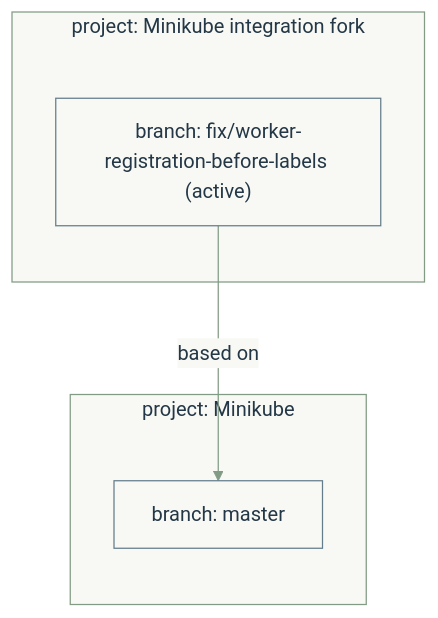
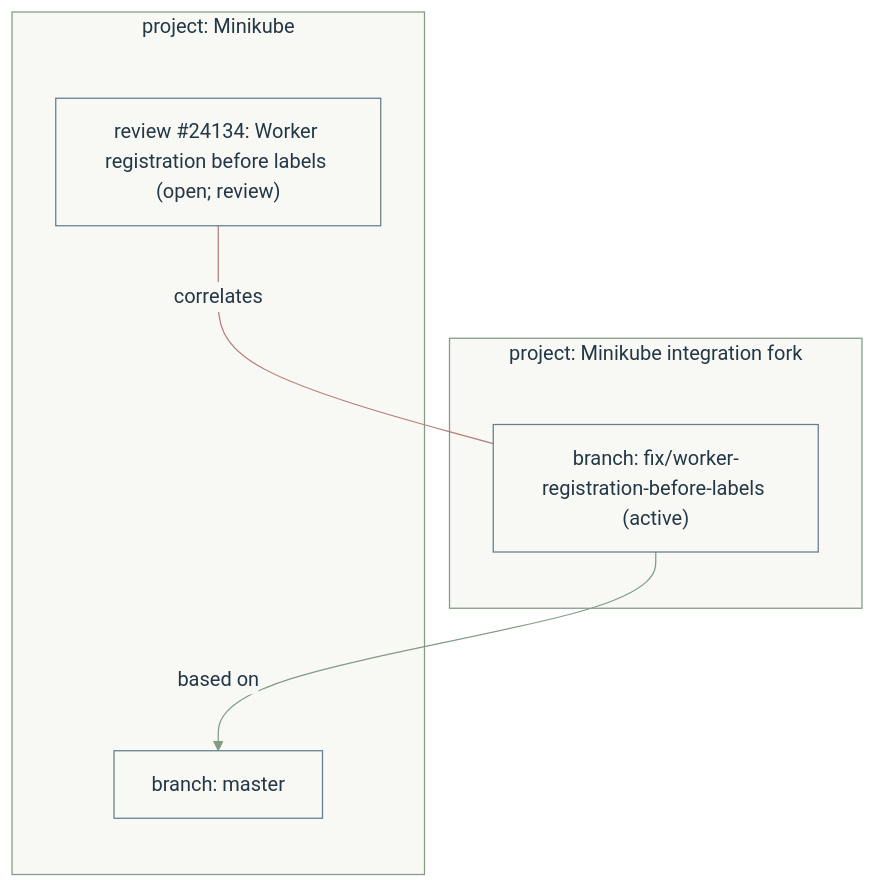
One commit to kubernetes/minikube changed the diagram in .github/work-graph.md. Above: the diagram before and after it, drawn with Mermaid. The commit also changed other lines of this file and 1 other file, not shown here.

Commit message:
Link the focused registration review in the work graph

````diff
--- a/.github/work-graph.md
+++ b/.github/work-graph.md
@@ -3,21 +3,26 @@
 ```mermaid
 ---
 config: {"flowchart": {"rankSpacing": 90, "subGraphTitleMargin": {"bottom": 24, "top": 0}}, "layout": "dagre", "theme": "base", "themeVariables": {"edgeLabelBackground": "#F8F9F4", "lineColor": "#647D8B", "primaryTextColor": "#243746"}}
 ---
 flowchart TB
     subgraph n8d0c7ac992af2f4913b47d425af0fe08dca35d157cbf27e40c203589b983d1fd["`project: Minikube integration fork`"]
         n2ad562319767157087dda0dec6391f4479f8a04869ab0cc8d3a9c3637dae73b5["branch: fix/worker-registration-before-labels (active)"]
     end
     subgraph n5086431107cae0151fdd8a231177374dfd063cb427d03273af07d527a23c27d0["`project: Minikube`"]
         nfc613b4dfd6736a7bd268c8a0e74ed0d1c04a959f59dd74ef2874983fd443fc9["branch: master"]
+        nc97ace4c8fef2cee8fa0f3c9f52aab18dbd4f42438afe362ffb8f75ce4c04b84["review #35;24134: Worker registration before labels (open#59; review)"]
     end
     n2ad562319767157087dda0dec6391f4479f8a04869ab0cc8d3a9c3637dae73b5 -->|based on| nfc613b4dfd6736a7bd268c8a0e74ed0d1c04a959f59dd74ef2874983fd443fc9
+    nc97ace4c8fef2cee8fa0f3c9f52aab18dbd4f42438afe362ffb8f75ce4c04b84 ---|correlates| n2ad562319767157087dda0dec6391f4479f8a04869ab0cc8d3a9c3637dae73b5
     click n2ad562319767157087dda0dec6391f4479f8a04869ab0cc8d3a9c3637dae73b5 href "https://github.com/astrivant/minikube/tree/fix/worker-registration-before-labels" "Open recorded work" _blank
     click nfc613b4dfd6736a7bd268c8a0e74ed0d1c04a959f59dd74ef2874983fd443fc9 href "https://github.com/kubernetes/minikube/tree/master" "Open recorded work" _blank
+    click nc97ace4c8fef2cee8fa0f3c9f52aab18dbd4f42438afe362ffb8f75ce4c04b84 href "https://github.com/kubernetes/minikube/pull/24134" "Open recorded work" _blank
     classDef work fill:#F8F9F4,stroke:#647D8B,color:#243746
     class n2ad562319767157087dda0dec6391f4479f8a04869ab0cc8d3a9c3637dae73b5 work
     style n8d0c7ac992af2f4913b47d425af0fe08dca35d157cbf27e40c203589b983d1fd fill:#F8F9F4,stroke:#829B85,color:#243746
     class nfc613b4dfd6736a7bd268c8a0e74ed0d1c04a959f59dd74ef2874983fd443fc9 work
     style n5086431107cae0151fdd8a231177374dfd063cb427d03273af07d527a23c27d0 fill:#F8F9F4,stroke:#829B85,color:#243746
+    class nc97ace4c8fef2cee8fa0f3c9f52aab18dbd4f42438afe362ffb8f75ce4c04b84 work
     linkStyle 0 stroke:#829B85,color:#243746
+    linkStyle 1 stroke:#B77E79,color:#243746
 ```
````
